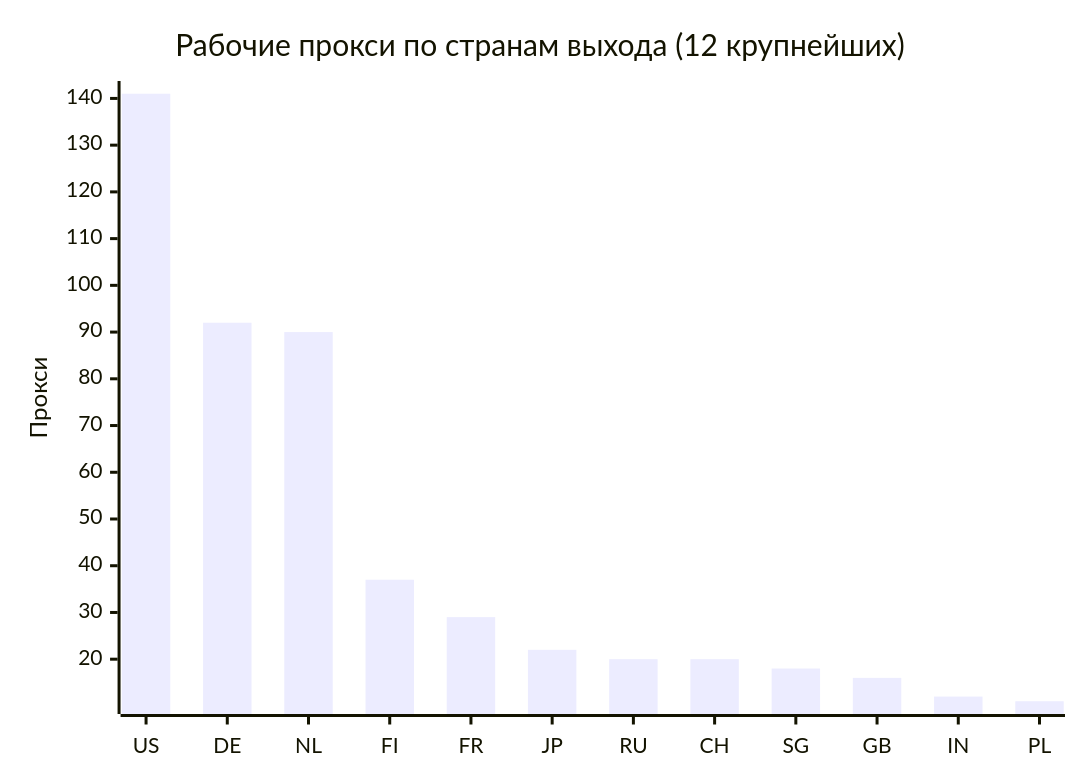
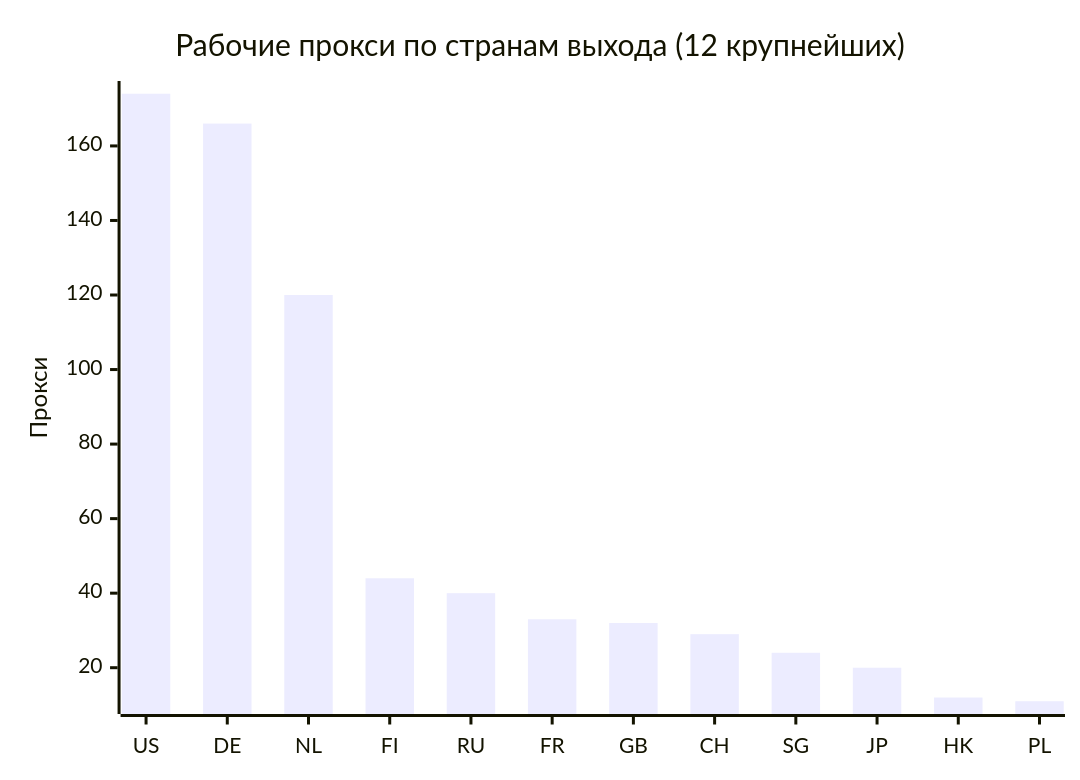
One commit to rvvg/proxy-subs changed the second of 4 diagrams in README.md. Above: the diagram before and after it, drawn with Mermaid. The commit also changed other lines of this file and 50 other files, not shown here.

````diff
--- a/README.md
+++ b/README.md
@@ -127,7 +132,7 @@
 ```mermaid
 xychart-beta
     title "Рабочие прокси по странам выхода (12 крупнейших)"
-    x-axis ["US", "DE", "NL", "FI", "FR", "JP", "RU", "CH", "SG", "GB", "IN", "PL"]
+    x-axis ["US", "DE", "NL", "FI", "RU", "FR", "GB", "CH", "SG", "JP", "HK", "PL"]
     y-axis "Прокси"
-    bar [141, 92, 90, 37, 29, 22, 20, 20, 18, 16, 12, 11]
+    bar [174, 166, 120, 44, 40, 33, 32, 29, 24, 20, 12, 11]
 ```
````
